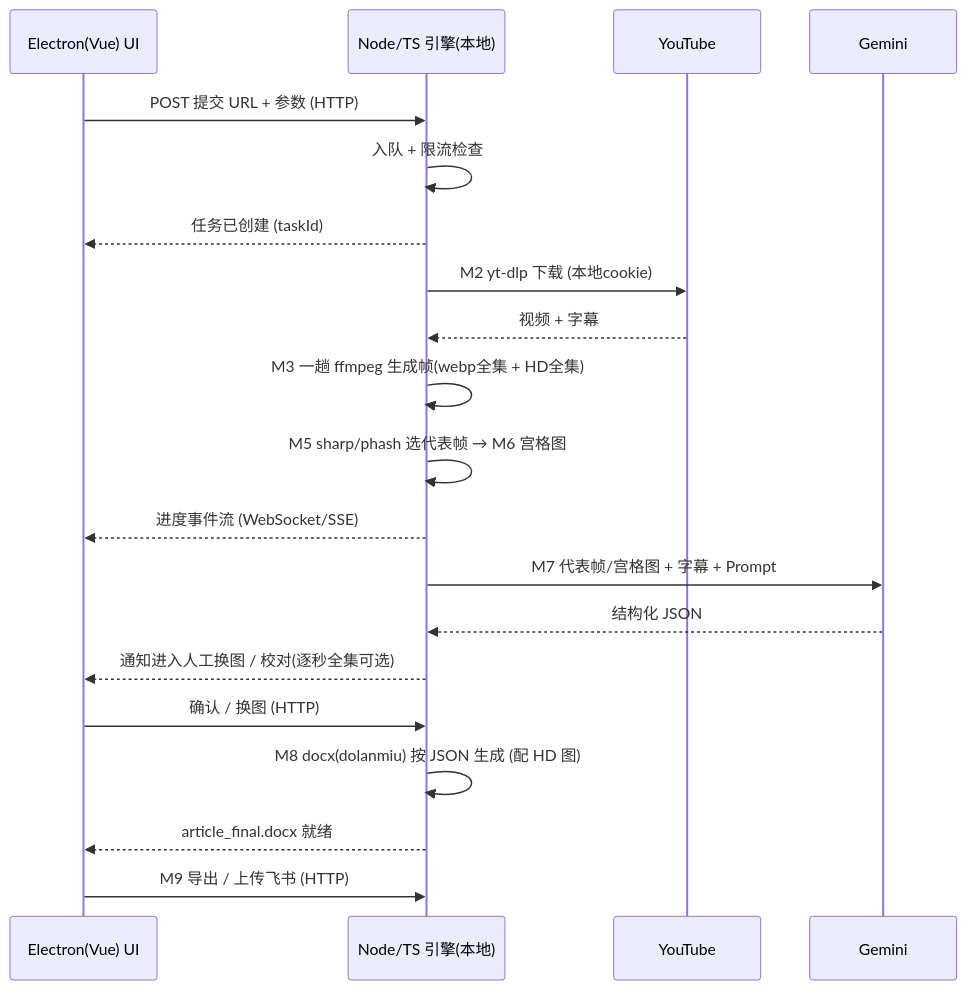
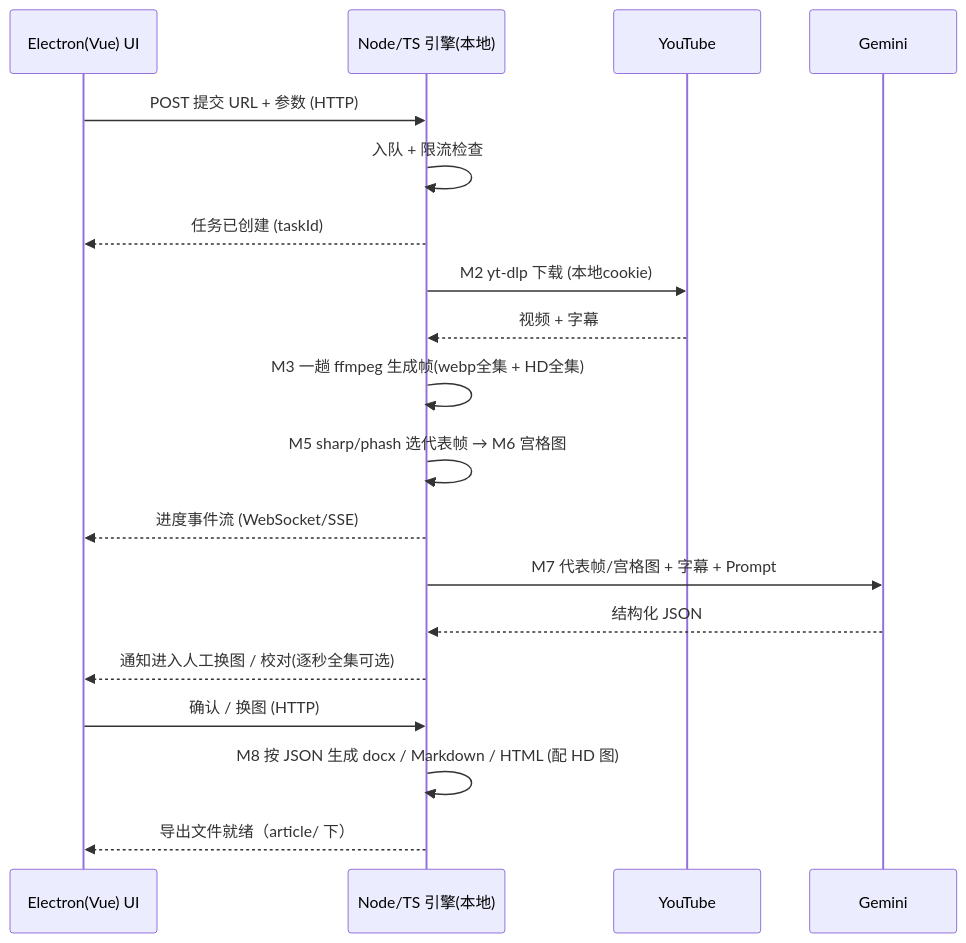
Before and after one commit to BreettySun/stillscribe: the second of 2 diagrams in docs/视频生成文章-架构文档.md, drawn with Mermaid. The commit also changed other lines of this file and 31 other files, not shown here.

Commit message:
feat: 扩展导出功能，支持生成多种本地文件格式（docx、Markdown、HTML），并更新相关逻辑以处理配图和文件路径；移除飞书集成相关代码

````diff
--- a/docs/视频生成文章-架构文档.md
+++ b/docs/视频生成文章-架构文档.md
@@ -215,23 +213,22 @@
 ```mermaid
 sequenceDiagram
     participant U as Electron(Vue) UI
     participant E as Node/TS 引擎(本地)
     participant Y as YouTube
     participant G as Gemini
 
     U->>E: POST 提交 URL + 参数 (HTTP)
     E->>E: 入队 + 限流检查
     E-->>U: 任务已创建 (taskId)
     E->>Y: M2 yt-dlp 下载 (本地cookie)
     Y-->>E: 视频 + 字幕
     E->>E: M3 一趟 ffmpeg 生成帧(webp全集 + HD全集)
     E->>E: M5 sharp/phash 选代表帧 → M6 宫格图
     E-->>U: 进度事件流 (WebSocket/SSE)
     E->>G: M7 代表帧/宫格图 + 字幕 + Prompt
     G-->>E: 结构化 JSON
     E-->>U: 通知进入人工换图 / 校对(逐秒全集可选)
     U->>E: 确认 / 换图 (HTTP)
-    E->>E: M8 docx(dolanmiu) 按 JSON 生成 (配 HD 图)
-    E-->>U: article_final.docx 就绪
-    U->>E: M9 导出 / 上传飞书 (HTTP)
+    E->>E: M8 按 JSON 生成 docx / Markdown / HTML (配 HD 图)
+    E-->>U: 导出文件就绪（article/ 下）
 ```
````
